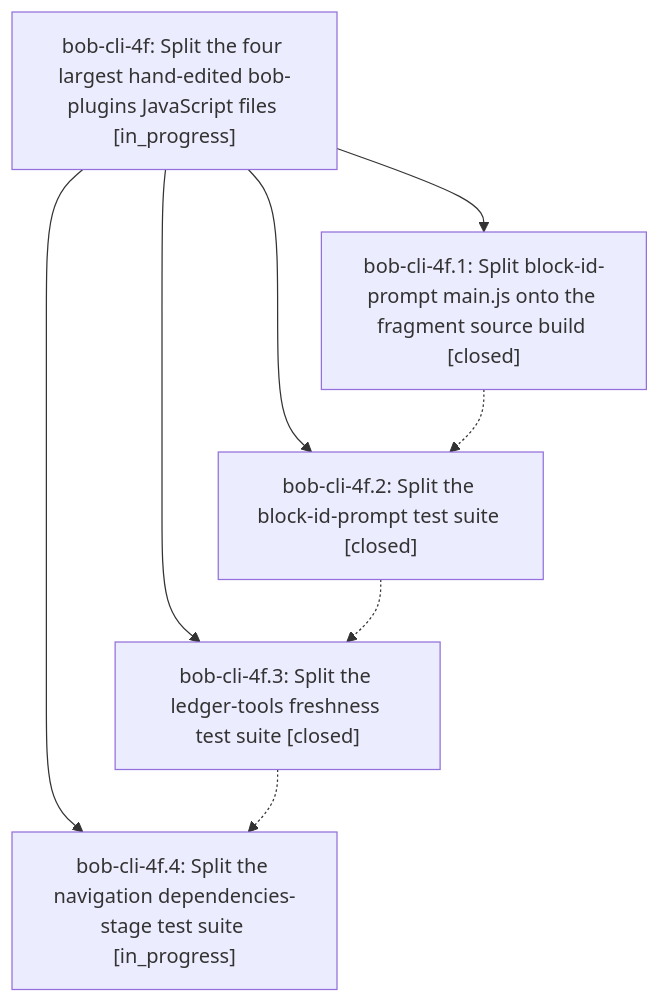
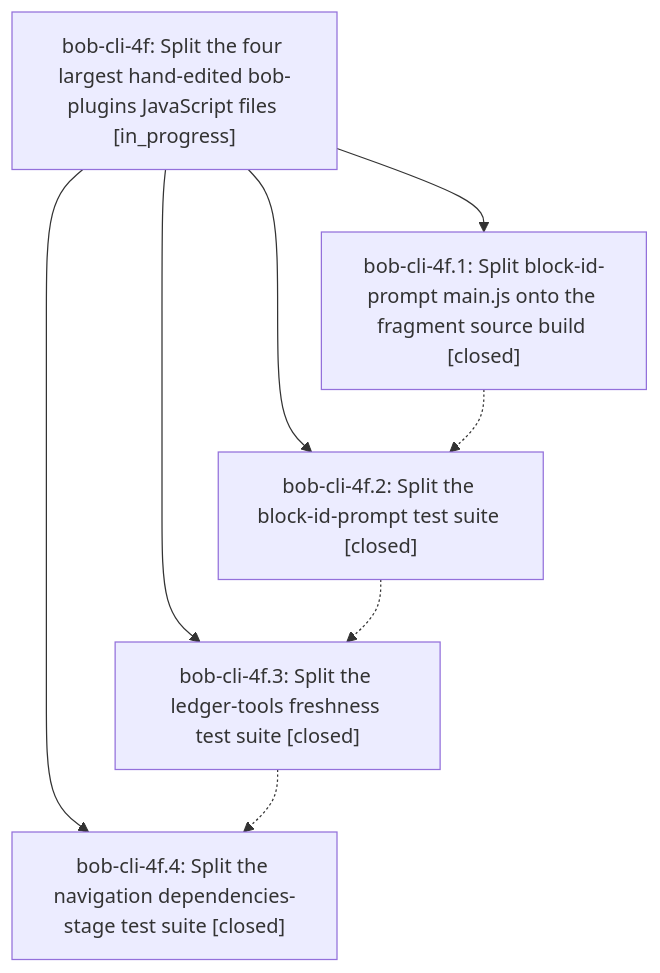
Before and after one commit to bobs-org/bob-cli--beads: the diagram in pages/bob-cli-4f/README.md, drawn with Mermaid. The commit also changed other lines of this file and 2 other files, not shown here.

First line of the commit message:
chore(beads): sync bead state and pages for bob-cli-4f

````diff
--- a/pages/bob-cli-4f/README.md
+++ b/pages/bob-cli-4f/README.md
@@ -25,15 +25,15 @@
 ```mermaid
 flowchart TD
     n0["bob-cli-4f: Split the four largest hand-edited bob-plugins JavaScript files [in_progress]"]
     n1["bob-cli-4f.1: Split block-id-prompt main.js onto the fragment source build [closed]"]
     n2["bob-cli-4f.2: Split the block-id-prompt test suite [closed]"]
     n3["bob-cli-4f.3: Split the ledger-tools freshness test suite [closed]"]
-    n4["bob-cli-4f.4: Split the navigation dependencies-stage test suite [in_progress]"]
+    n4["bob-cli-4f.4: Split the navigation dependencies-stage test suite [closed]"]
     n0 --> n1
     n0 --> n2
     n0 --> n3
     n0 --> n4
     n1 -.-> n2
     n2 -.-> n3
     n3 -.-> n4
 ```
````
